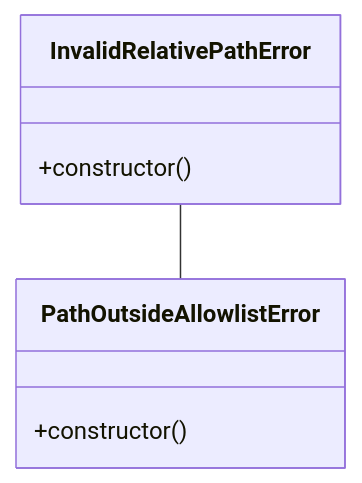
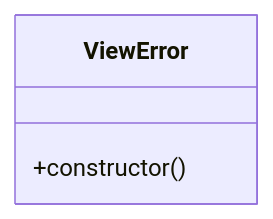
The diagram in livewiki/diagrams/core-src-11.classes.mmd (eduardoabreu81/livewiki), drawn with Mermaid before and after one commit. The commit also changed 56 other files, not shown here.

```diff
--- a/livewiki/diagrams/core-src-11.classes.mmd
+++ b/livewiki/diagrams/core-src-11.classes.mmd
@@ -1,10 +1,5 @@
-%%{init: {"themeCSS": ".relation { stroke: transparent !important; }"}}%%
 classDiagram
   direction TB
-  class class_1["InvalidRelativePathError"] {
+  class class_1["ViewError"] {
     +constructor()
   }
-  class class_2["PathOutsideAllowlistError"] {
-    +constructor()
-  }
-  class_1 -- class_2
```
